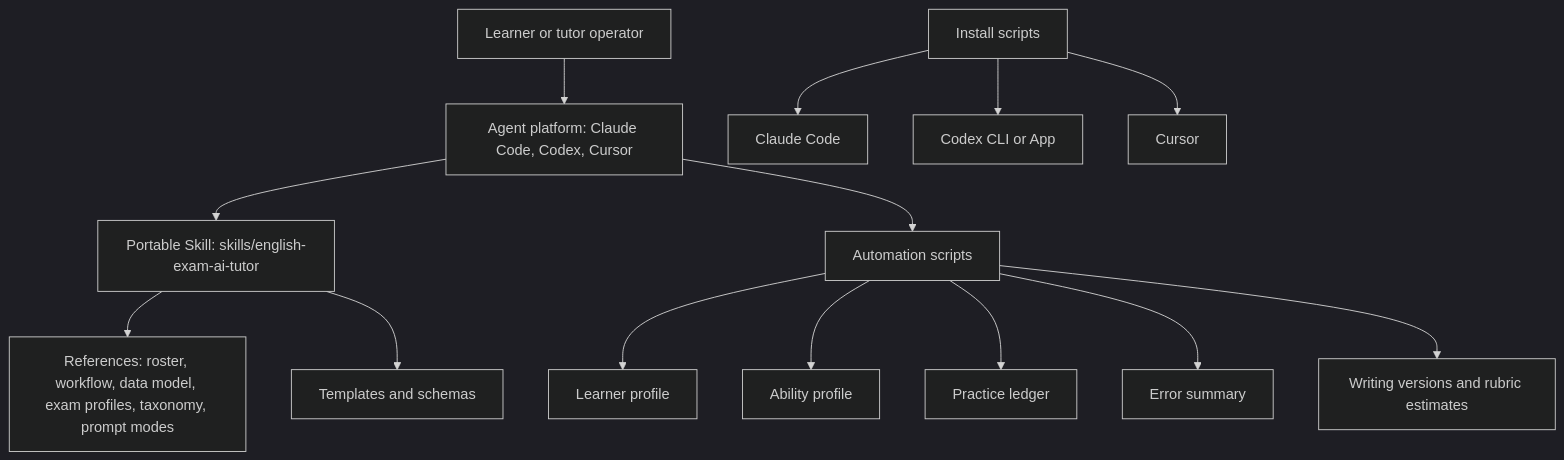
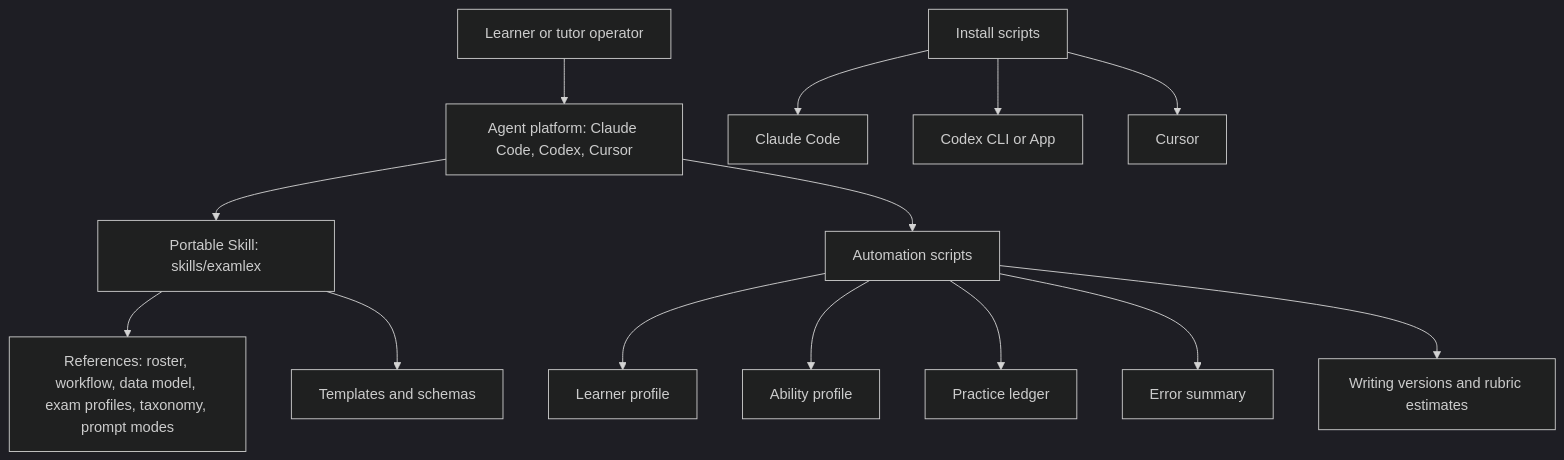
Before and after one commit to SFEW888/ExamLex: the first of 2 diagrams in docs/architecture.md, drawn with Mermaid (dark theme). The commit also changed other lines of this file and 341 other files, not shown here.

````diff
--- a/docs/architecture.md
+++ b/docs/architecture.md
@@ -5,16 +5,16 @@
 ```mermaid
 flowchart TD
     User["Learner or tutor operator"] --> Agent["Agent platform: Claude Code, Codex, Cursor"]
-    Agent --> Skill["Portable Skill: skills/english-exam-ai-tutor"]
+    Agent --> Skill["Portable Skill: skills/examlex"]
     Skill --> References["References: roster, workflow, data model, exam profiles, taxonomy, prompt modes"]
     Skill --> Templates["Templates and schemas"]
     Agent --> Scripts["Automation scripts"]
     Scripts --> Profile["Learner profile"]
     Scripts --> Ability["Ability profile"]
     Scripts --> Ledger["Practice ledger"]
     Scripts --> Errors["Error summary"]
     Scripts --> Writing["Writing versions and rubric estimates"]
     Installers["Install scripts"] --> Claude["Claude Code"]
     Installers --> Codex["Codex CLI or App"]
     Installers --> Cursor["Cursor"]
 ```
````
